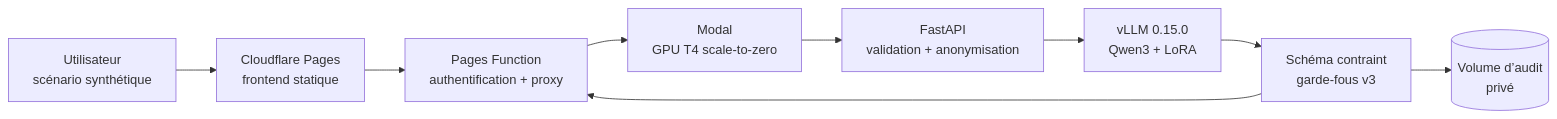
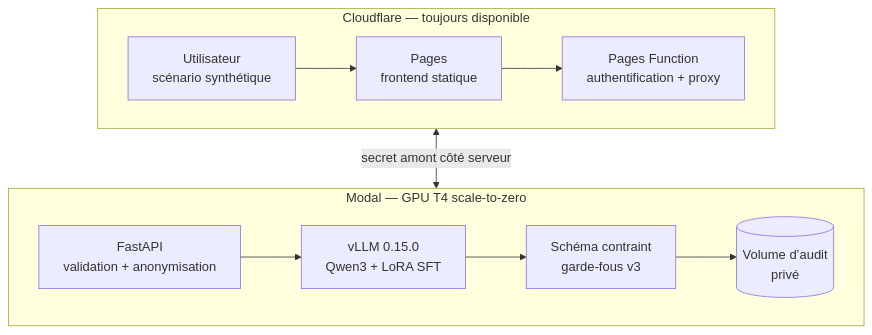
Before and after one commit to ppluton/medical-triage-llm-poc: the third of 5 diagrams in reports/RAPPORT_TECHNIQUE_POC.md, drawn with Mermaid. The commit also changed other lines of this file and 1 other file, not shown here.

````diff
--- a/reports/RAPPORT_TECHNIQUE_POC.md
+++ b/reports/RAPPORT_TECHNIQUE_POC.md
@@ -441,11 +468,12 @@
 ```mermaid
-flowchart LR
-    U[Utilisateur<br/>scénario synthétique] --> CF[Cloudflare Pages<br/>frontend statique]
-    CF --> PX[Pages Function<br/>authentification + proxy]
-    PX --> M[Modal<br/>GPU T4 scale-to-zero]
-    M --> API[FastAPI<br/>validation + anonymisation]
-    API --> V[vLLM 0.15.0<br/>Qwen3 + LoRA]
-    V --> G[Schéma contraint<br/>garde-fous v3]
-    G --> A[(Volume d’audit<br/>privé)]
-    G --> PX
+flowchart TB
+    subgraph EDGE[Cloudflare — toujours disponible]
+        direction LR
+        U[Utilisateur<br/>scénario synthétique] --> CF[Pages<br/>frontend statique] --> PX[Pages Function<br/>authentification + proxy]
+    end
+    subgraph GPU[Modal — GPU T4 scale-to-zero]
+        direction LR
+        API[FastAPI<br/>validation + anonymisation] --> V[vLLM 0.15.0<br/>Qwen3 + LoRA SFT] --> G[Schéma contraint<br/>garde-fous v3] --> A[(Volume d’audit<br/>privé)]
+    end
+    EDGE <-->|secret amont côté serveur| GPU
 ```
````
